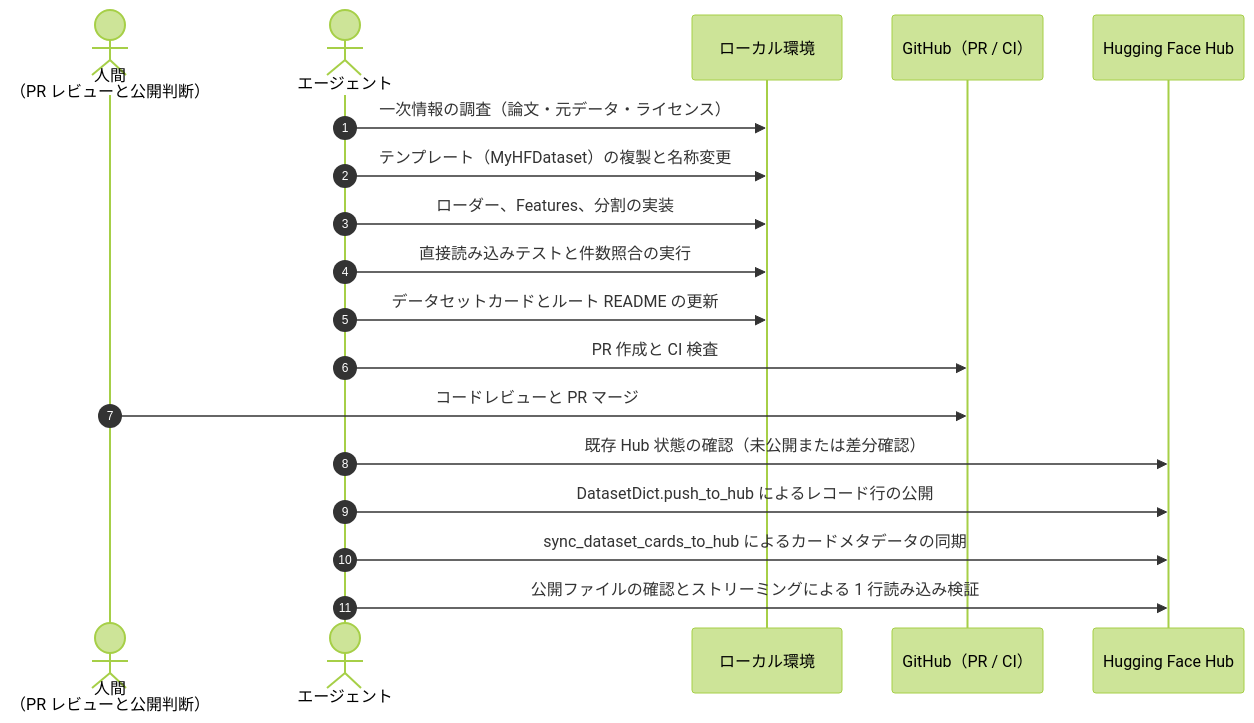
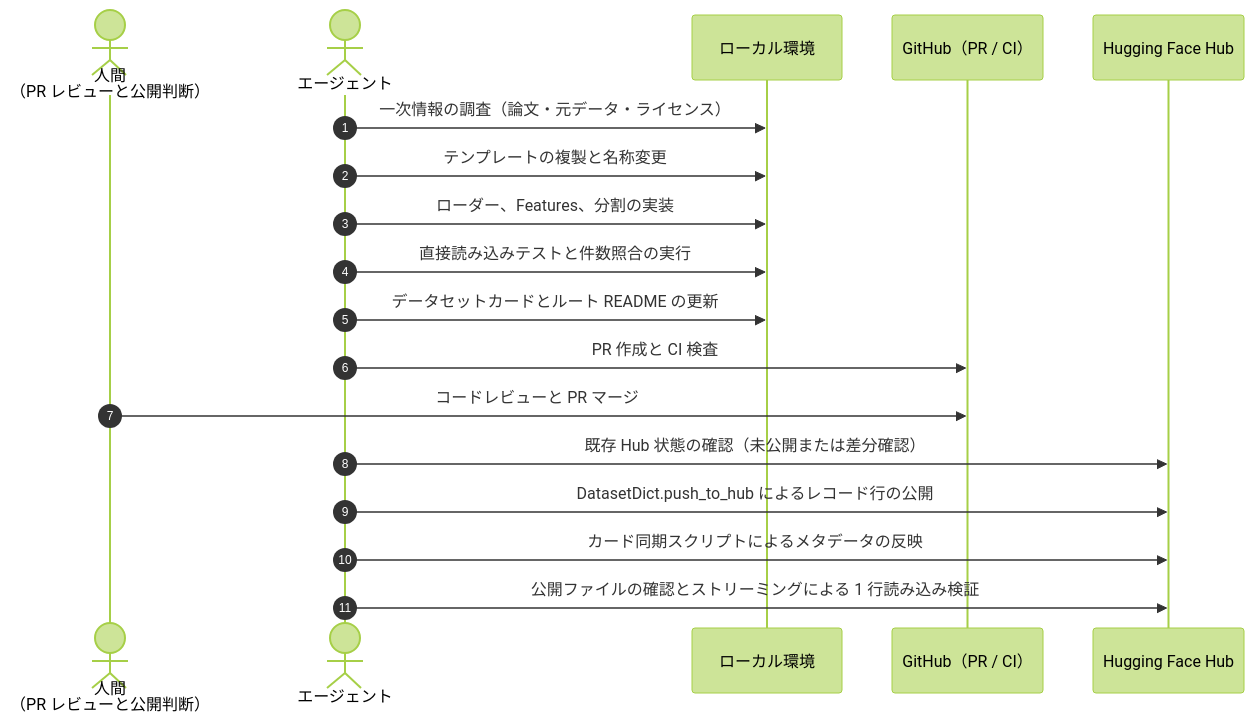
Before and after one commit to shunk031/zenn-contents: the diagram in articles/huggingface-datasets-harness.md, drawn with Mermaid (forest theme). The commit also changed other lines of this file, not shown here.

````diff
--- a/articles/huggingface-datasets-harness.md
+++ b/articles/huggingface-datasets-harness.md
@@ -102,21 +85,21 @@
 ```mermaid
 sequenceDiagram
     autonumber
     actor Dev as 人間<br>（PR レビューと公開判断）
     actor Agent as エージェント
     participant Local as ローカル環境
     participant GitHub as GitHub（PR / CI）
     participant Hub as Hugging Face Hub
 
     Agent->>Local: 一次情報の調査（論文・元データ・ライセンス）
-    Agent->>Local: テンプレート（MyHFDataset）の複製と名称変更
+    Agent->>Local: テンプレートの複製と名称変更
     Agent->>Local: ローダー、Features、分割の実装
     Agent->>Local: 直接読み込みテストと件数照合の実行
     Agent->>Local: データセットカードとルート README の更新
     Agent->>GitHub: PR 作成と CI 検査
     Dev->>GitHub: コードレビューと PR マージ
     Agent->>Hub: 既存 Hub 状態の確認（未公開または差分確認）
     Agent->>Hub: DatasetDict.push_to_hub によるレコード行の公開
-    Agent->>Hub: sync_dataset_cards_to_hub によるカードメタデータの同期
+    Agent->>Hub: カード同期スクリプトによるメタデータの反映
     Agent->>Hub: 公開ファイルの確認とストリーミングによる 1 行読み込み検証
 ```
````
